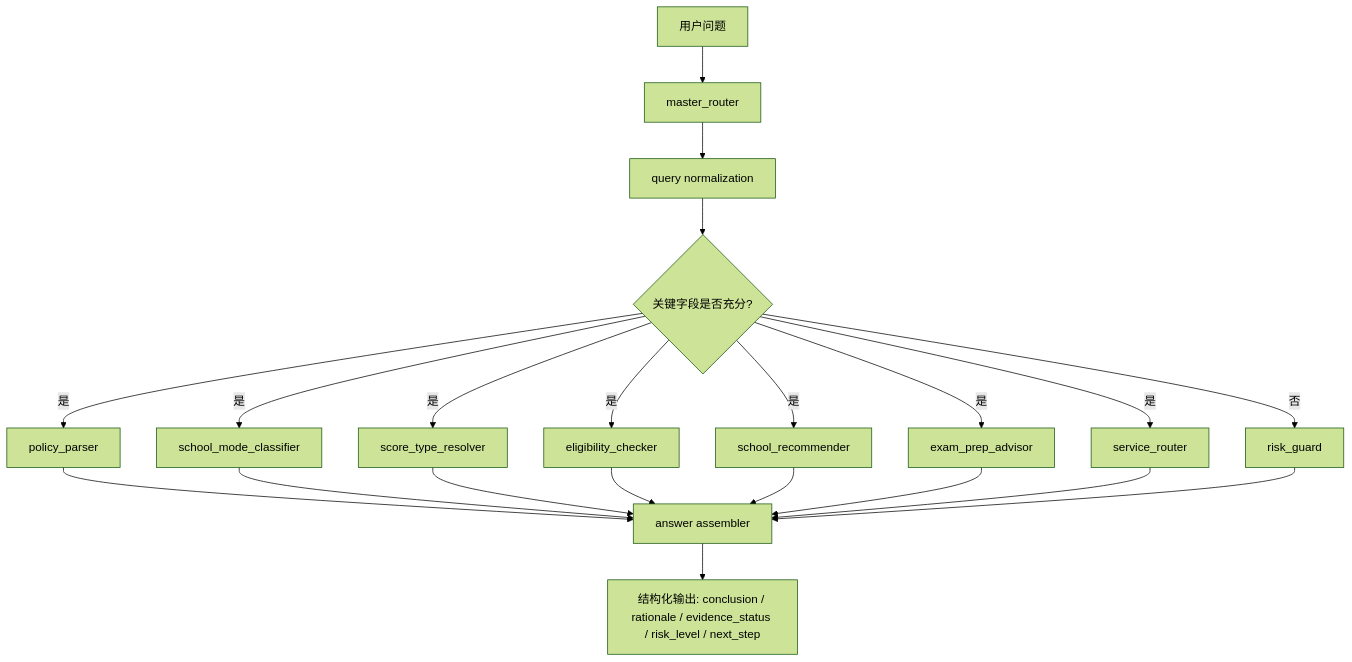
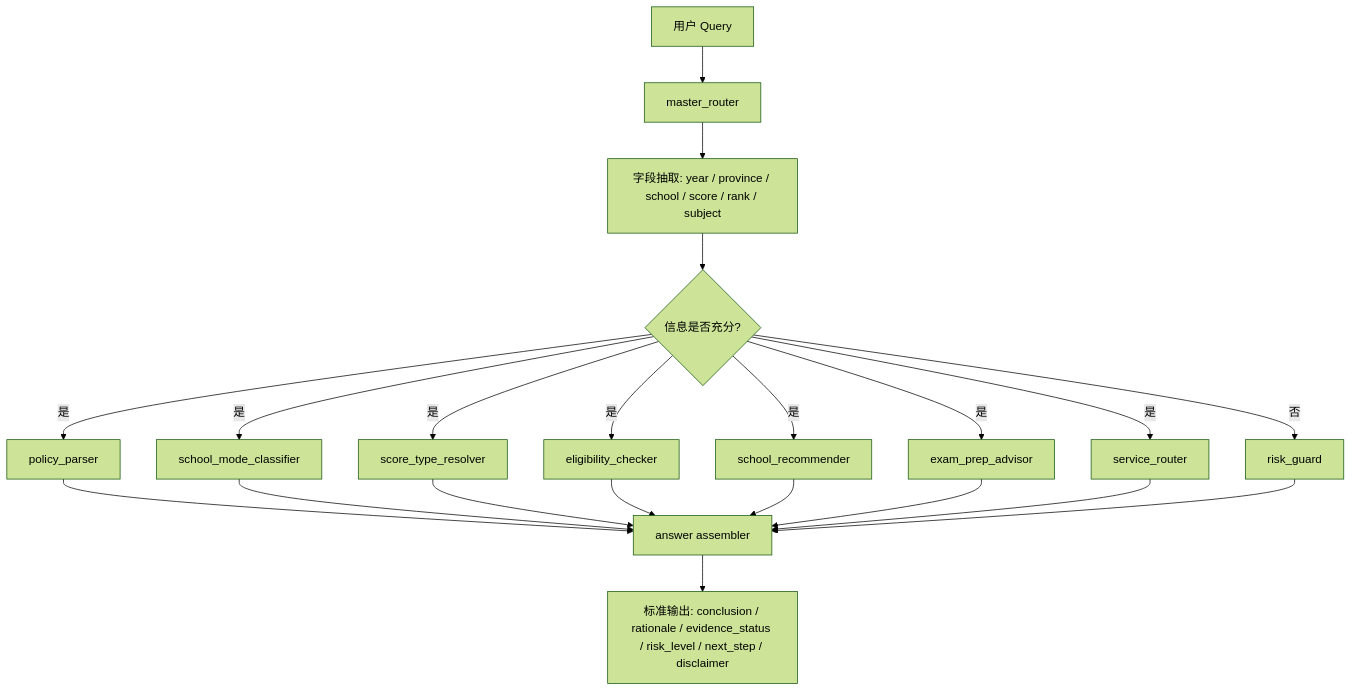
The first of 2 diagrams in README.md (TreeEast1/zhumeng-qiangji-skill), drawn with Mermaid (forest theme) before and after one commit. The commit also changed other lines of this file, not shown here.

````diff
--- a/README.md
+++ b/README.md
@@ -70,23 +189,23 @@
 ```mermaid
 flowchart TD
-    A["用户问题"] --> B["master_router"]
-    B --> C["query normalization"]
-    C --> D{"关键字段是否充分?"}
+    A["用户 Query"] --> B["master_router"]
+    B --> C["字段抽取: year / province / school / score / rank / subject"]
+    C --> D{"信息是否充分?"}
     D -- 否 --> R["risk_guard"]
     D -- 是 --> E["policy_parser"]
     D -- 是 --> F["school_mode_classifier"]
     D -- 是 --> G["score_type_resolver"]
     D -- 是 --> H["eligibility_checker"]
     D -- 是 --> I["school_recommender"]
     D -- 是 --> J["exam_prep_advisor"]
     D -- 是 --> K["service_router"]
     E --> L["answer assembler"]
     F --> L
     G --> L
     H --> L
     I --> L
     J --> L
     K --> L
     R --> L
-    L --> M["结构化输出: conclusion / rationale / evidence_status / risk_level / next_step"]
+    L --> M["标准输出: conclusion / rationale / evidence_status / risk_level / next_step / disclaimer"]
 ```
````
